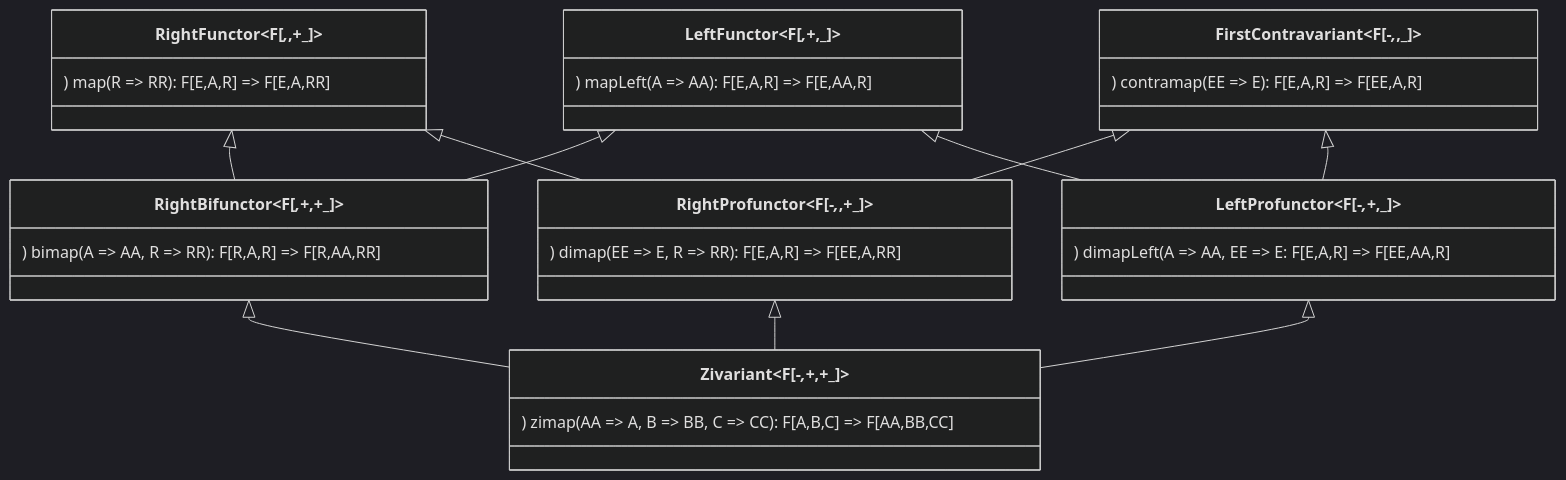
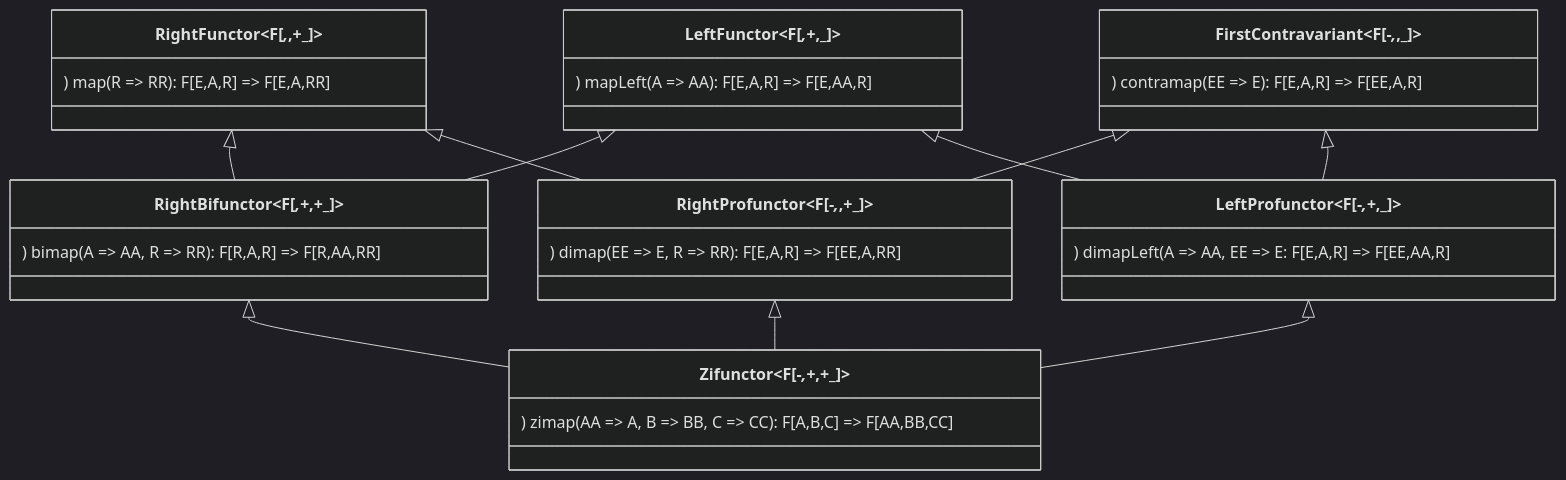
Before and after one commit to dancewithheart/agda-trio: the second of 4 diagrams in README.md, drawn with Mermaid (dark theme). The commit also changed other lines of this file, not shown here.

````diff
--- a/README.md
+++ b/README.md
@@ -24,35 +24,35 @@
 ```mermaid
 classDiagram
    LeftFunctor~F[_,+_,_]~ <|-- RightBifunctor~F[_,+_,+_]~
    RightFunctor~F[_,_,+_]~ <|-- RightBifunctor
    RightFunctor <|-- RightProfunctor~F[-_,_,+_]~ 
    FirstContravariant~F[-_,_,_]~ <|-- RightProfunctor
    LeftFunctor <|-- LeftProfunctor~F[-_,+_,_]~
    FirstContravariant <|-- LeftProfunctor
  
-   RightBifunctor <|-- Zivariant~F[-_,+_,+_]~
-   RightProfunctor <|-- Zivariant
-   LeftProfunctor <|-- Zivariant
+   RightBifunctor <|-- Zifunctor~F[-_,+_,+_]~
+   RightProfunctor <|-- Zifunctor
+   LeftProfunctor <|-- Zifunctor
 
   class FirstContravariant {
     ) contramap(EE => E): F[E,A,R] => F[EE,A,R]
   }
   class RightFunctor {
     ) map(R => RR): F[E,A,R] => F[E,A,RR]
   }
   class LeftFunctor {
     ) mapLeft(A => AA): F[E,A,R] => F[E,AA,R]
   }
   class LeftProfunctor {
     ) dimapLeft(A => AA, EE => E: F[E,A,R] => F[EE,AA,R]
   }
   class RightProfunctor {
     ) dimap(EE => E, R => RR): F[E,A,R] => F[EE,A,RR]
   }
   class RightBifunctor {
     ) bimap(A => AA, R => RR): F[R,A,R] => F[R,AA,RR]
   }
-  class Zivariant {
+  class Zifunctor {
     ) zimap(AA => A, B => BB, C => CC): F[A,B,C] => F[AA,BB,CC]
   }
 ```
````
